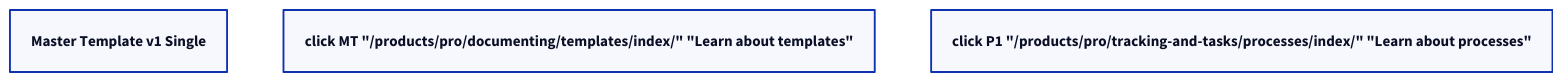
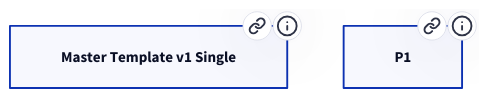
One commit to tallyfy/documentation changed the diagram in src/content/docs/pro/documenting/templates/master-templates-vs-processes.mdx. Above: the diagram before and after it, drawn with D2. The commit also changed 26 other files, not shown here.

````diff
--- a/src/content/docs/pro/documenting/templates/master-templates-vs-processes.mdx
+++ b/src/content/docs/pro/documenting/templates/master-templates-vs-processes.mdx
@@ -23,5 +23,7 @@
 ```d2
 MT: "Master Template v1 Single"
-click MT "/products/pro/documenting/templates/index/" "Learn about templates"
-click P1 "/products/pro/tracking-and-tasks/processes/index/" "Learn about processes"
+MT.link: "/products/pro/documenting/templates/index/"
+MT.tooltip: "Learn about templates"
+P1.link: "/products/pro/tracking-and-tasks/processes/index/"
+P1.tooltip: "Learn about processes"
 ```
````
